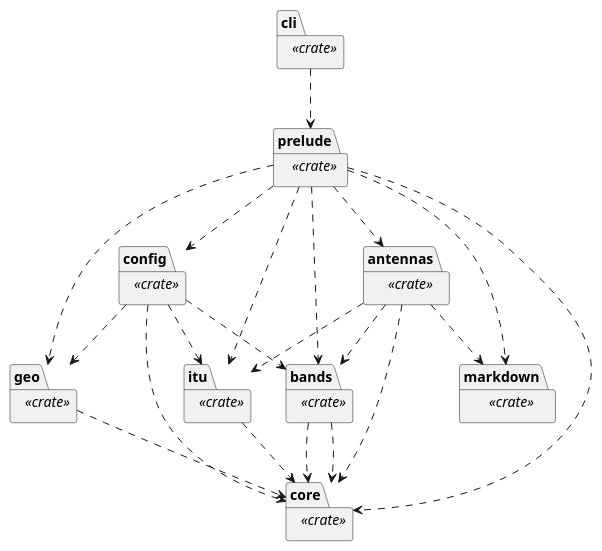
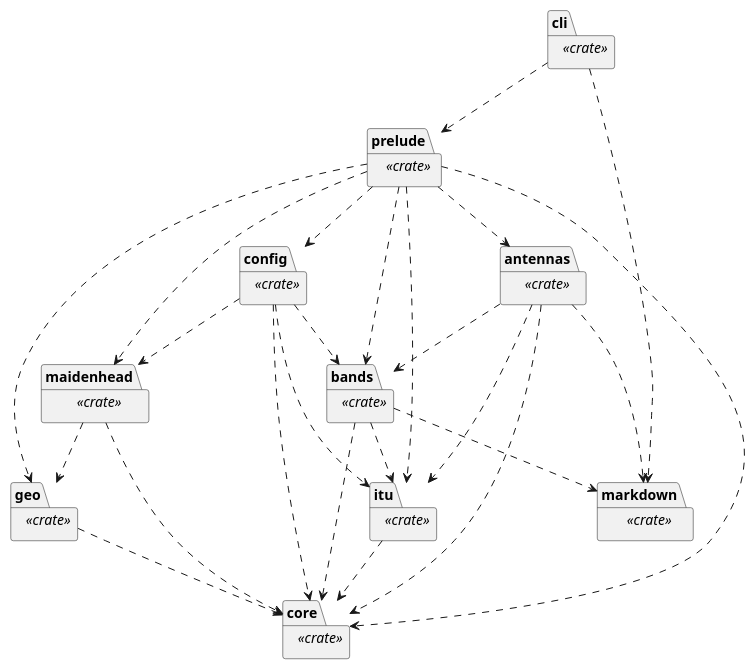
One commit to johnstonskj/rust-rfham changed the diagram in rust-rfham.github.io/src/images/overview.plantuml. Above: the diagram before and after it, drawn with PlantUML. The commit also changed 73 other files, not shown here.

```diff
--- a/rust-rfham.github.io/src/images/overview.plantuml
+++ b/rust-rfham.github.io/src/images/overview.plantuml
@@ -1,50 +1,57 @@
 @startuml Overview
 
     package core <<crate>> {
     }
     
     package geo  <<crate>> {
     }
     geo ..> core
     
+    package maidenhead  <<crate>> {
+    }
+    maidenhead ..> core
+    maidenhead ..> geo
+    
     package itu <<crate>> {
     }
     itu ..> core
     
     package bands <<crate>> {
     }
     bands ..> core
-    bands ..> core
+    bands ..> itu
+    bands ..> markdown
     
     package config <<crate>> {
     }
     config ..> bands
     config ..> core
-    config ..> geo
+    config ..> maidenhead
     config ..> itu
     
     package antennas <<crate>> {
     }
     antennas ..> bands
     antennas ..> core
     antennas ..> itu
     antennas ..> markdown
     
     package prelude <<crate>> {
     }
     prelude ..> antennas
     prelude ..> bands
     prelude ..> config
     prelude ..> core
     prelude ..> geo
     prelude ..> itu
-    prelude ..> markdown
+    prelude ..> maidenhead
     
     package cli <<crate>> {
     }
     cli ..> prelude
+    cli ..> markdown
     
     package markdown <<crate>> {
     }
 
 @enduml
```
